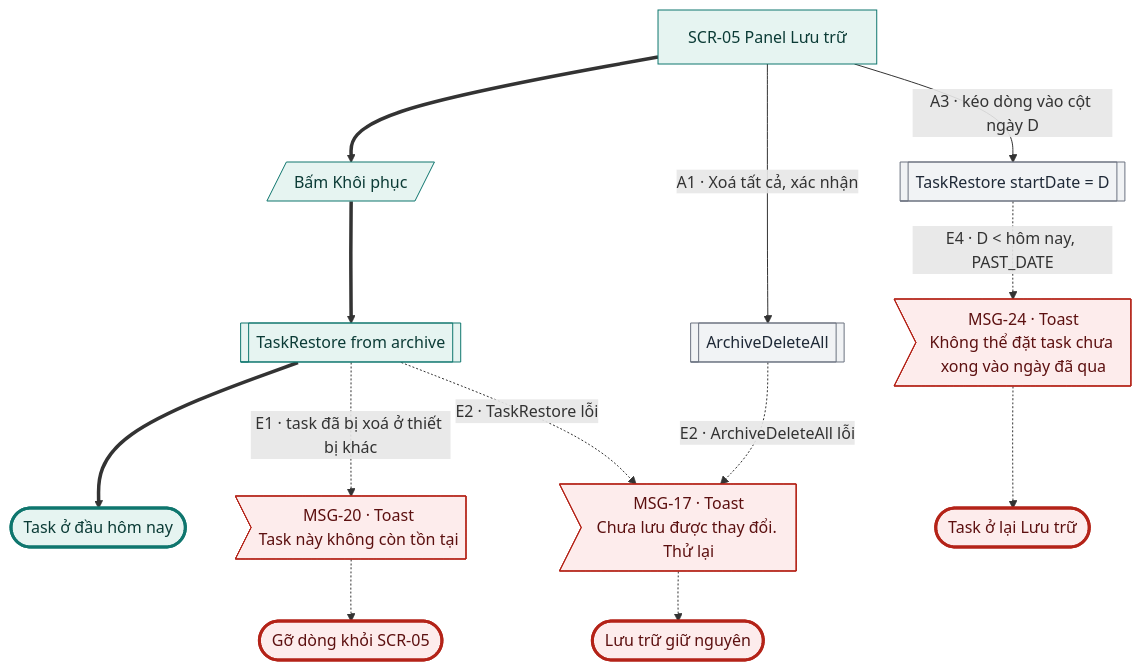
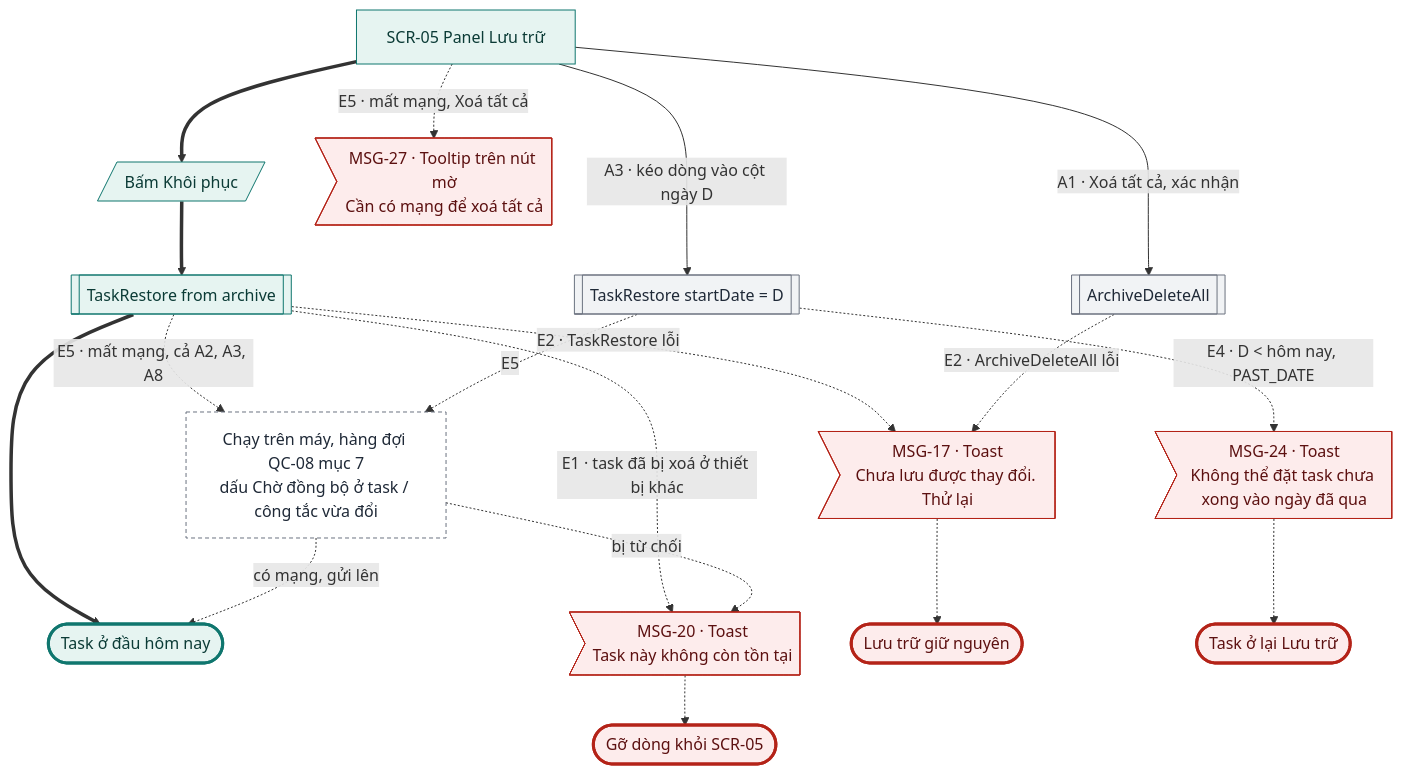
Diagram 16 of 18 in docs/design-brief/flow/g06-backlog-rollover.md (tannguyenho/personal-app), drawn with Mermaid before and after one commit. The commit also changed other lines of this file and 6 other files, not shown here.

First line of the commit message:
docs: G03 / G06 nhánh mất mạng và ngoại lệ B08; ghi điểm phát sinh cần PO xem

````diff
--- a/docs/design-brief/flow/g06-backlog-rollover.md
+++ b/docs/design-brief/flow/g06-backlog-rollover.md
@@ -666,35 +679,41 @@
 ```mermaid
 flowchart TD
   s1["SCR-05 Panel Lưu trữ"]
   u1[/"Bấm Khôi phục"/]
   p2[["TaskRestore from archive"]]
   ok(["Task ở đầu hôm nay"])
   s1 ==> u1 ==> p2 ==> ok
   a1p[["ArchiveDeleteAll"]]
   a3[["TaskRestore startDate = D"]]
   s1 -->|"A1 · Xoá tất cả, xác nhận"| a1p
   s1 -->|"A3 · kéo dòng vào cột ngày D"| a3
 
   p2 -.->|"E1 · task đã bị xoá ở thiết bị khác"| e1m>"MSG-20 · Toast<br/>Task này không còn tồn tại"]
   e1m -.-> e1(["Gỡ dòng khỏi SCR-05"])
   p2 -.->|"E2 · TaskRestore lỗi"| e2m>"MSG-17 · Toast<br/>Chưa lưu được thay đổi. Thử lại"]
   a1p -.->|"E2 · ArchiveDeleteAll lỗi"| e2m
   e2m -.-> e2(["Lưu trữ giữ nguyên"])
   a3 -.->|"E4 · D < hôm nay, PAST_DATE"| e4m>"MSG-24 · Toast<br/>Không thể đặt task chưa xong vào ngày đã qua"]
   e4m -.-> e4(["Task ở lại Lưu trữ"])
+  p2 -.->|"E5 · mất mạng, cả A2, A3, A8"| e5["Chạy trên máy, hàng đợi QC-08 mục 7<br/>dấu Chờ đồng bộ ở task / công tắc vừa đổi"]
+  a3 -.->|"E5"| e5
+  e5 -.->|"có mạng, gửi lên"| ok
+  e5 -.->|"bị từ chối"| e1m
+  s1 -.->|"E5 · mất mạng, Xoá tất cả"| e5m>"MSG-27 · Tooltip trên nút mờ<br/>Cần có mạng để xoá tất cả"]
 
   class s1,u1,p2 happy
   class a1p,a3 alt
-  class e1m,e2m,e4m err
+  class e1m,e2m,e4m,e5m err
+  class e5 sync
   class ok done
   class e1,e2,e4 fail
   classDef happy fill:#E6F4F1,stroke:#0F766E,color:#0B3B36
   classDef alt fill:#F1F3F5,stroke:#6B7280,color:#1F2937
   classDef err fill:#FDECEC,stroke:#B42318,color:#5C1010
   classDef warn fill:#FEF4E2,stroke:#B45309,color:#4A2604
   classDef ai fill:#F1ECFD,stroke:#6D28D9,color:#2E1065
   classDef sync fill:#FFFFFF,stroke:#6B7280,stroke-dasharray:4 3,color:#1F2937
   classDef link fill:#FFFFFF,stroke:#0F766E,stroke-dasharray:4 3,color:#0B3B36
   classDef done fill:#E6F4F1,stroke:#0F766E,stroke-width:3px,color:#0B3B36
   classDef fail fill:#FDECEC,stroke:#B42318,stroke-width:3px,color:#5C1010
 ```
````
